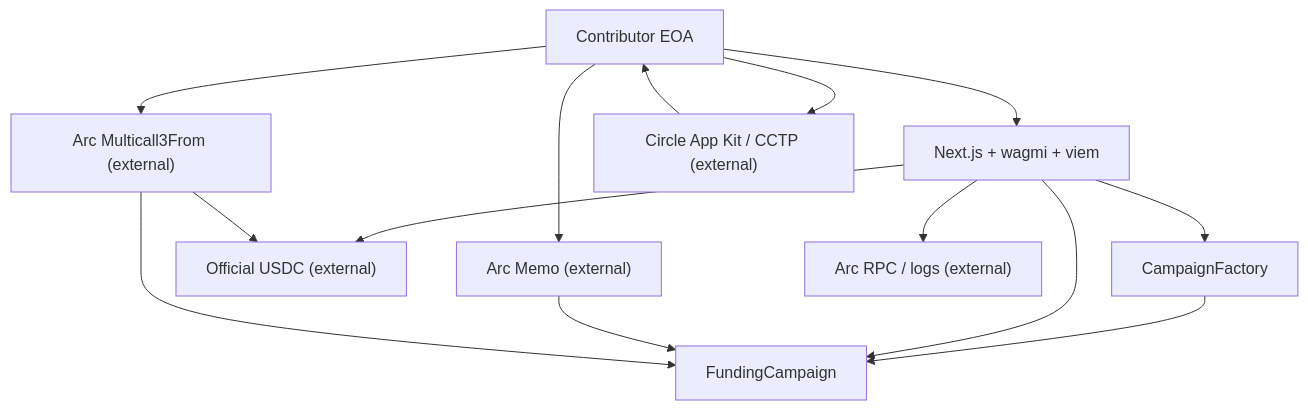
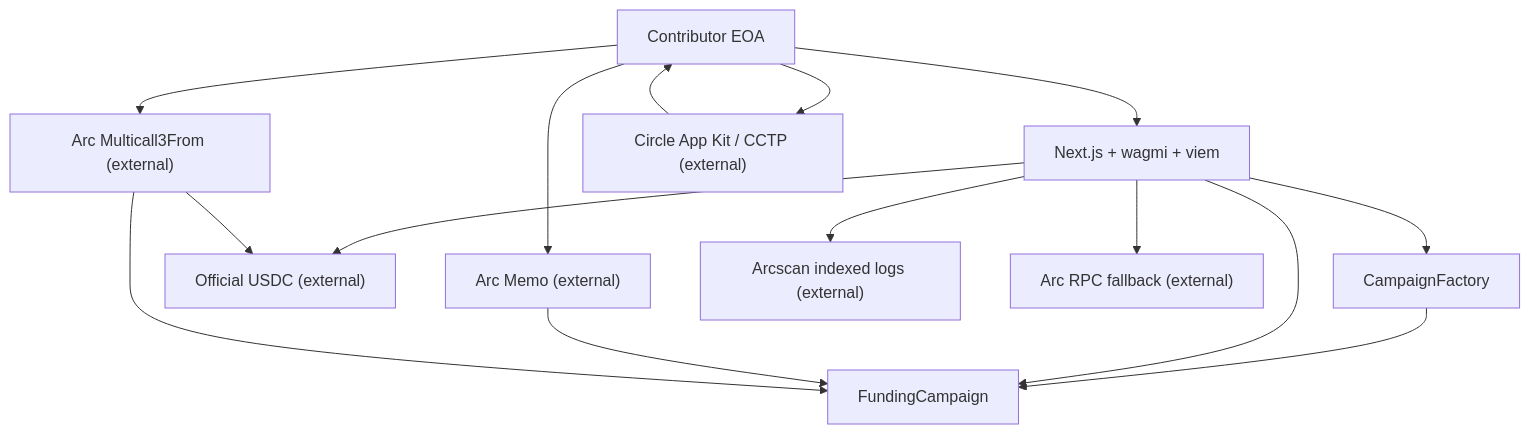
Before and after one commit to Bela1401/fundspring: the diagram in docs/architecture.md, drawn with Mermaid. The commit also changed other lines of this file and 14 other files, not shown here.

````diff
--- a/docs/architecture.md
+++ b/docs/architecture.md
@@ -10,26 +10,28 @@
 ```mermaid
 flowchart TB
   Wallet["Contributor EOA"]
   Frontend["Next.js + wagmi + viem"]
   Factory["CampaignFactory"]
   Campaign["FundingCampaign"]
   USDC["Official USDC (external)"]
   Memo["Arc Memo (external)"]
   Batch["Arc Multicall3From (external)"]
   AppKit["Circle App Kit / CCTP (external)"]
-  RPC["Arc RPC / logs (external)"]
+  INDEXER["Arcscan indexed logs (external)"]
+  RPC["Arc RPC fallback (external)"]
 
   Wallet --> Frontend
   Frontend --> Factory
   Factory --> Campaign
   Frontend --> Campaign
   Frontend --> USDC
   Wallet --> Memo
   Memo --> Campaign
   Wallet --> Batch
   Batch --> USDC
   Batch --> Campaign
+  Frontend --> INDEXER
   Frontend --> RPC
   Wallet --> AppKit
   AppKit --> Wallet
 ```
````
